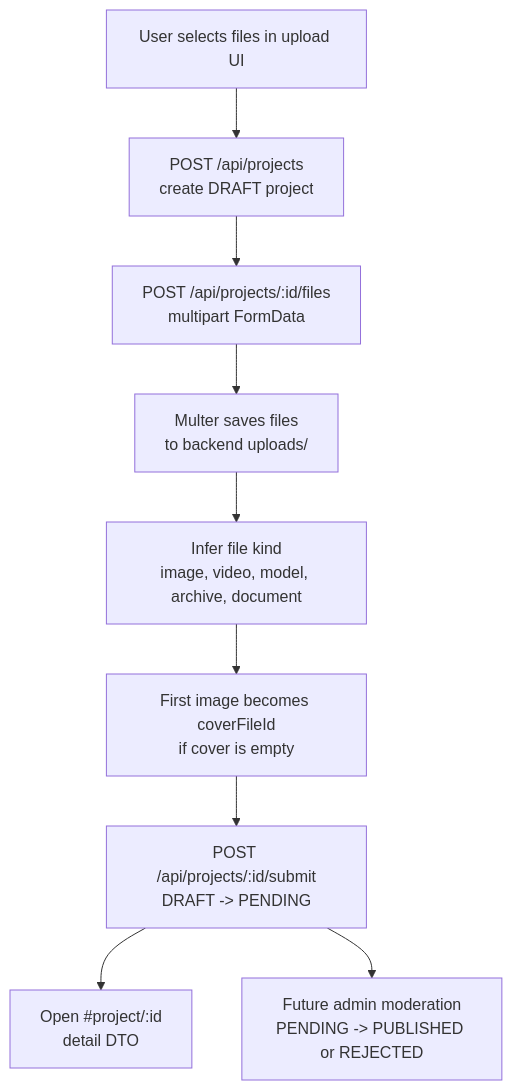
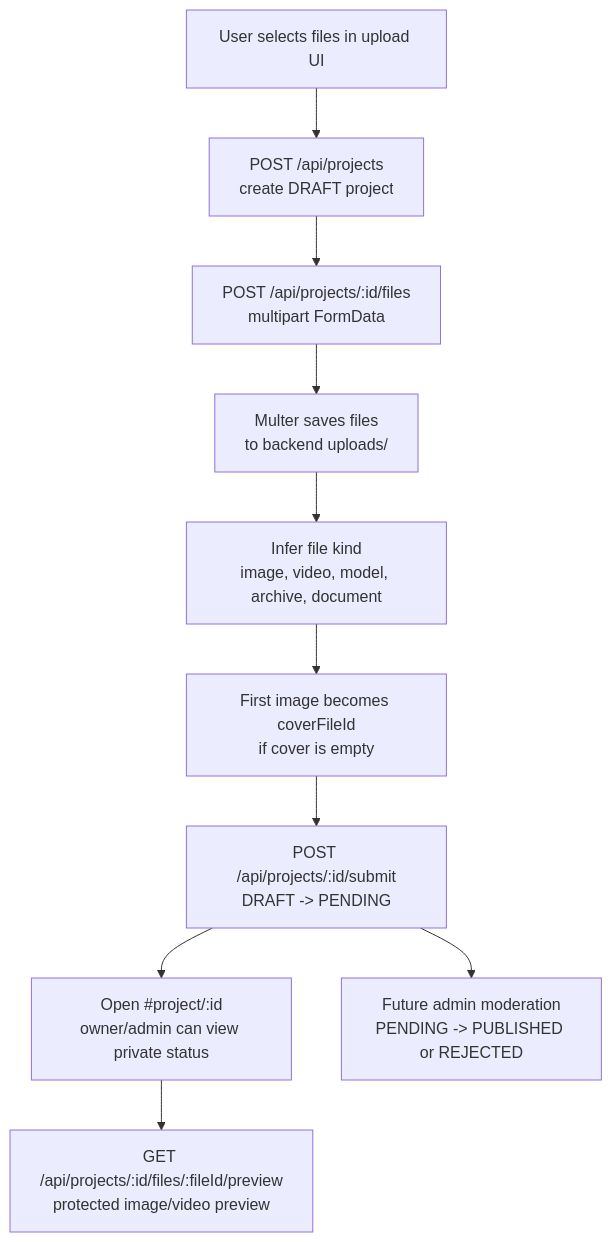
One commit to bordermull/creator-platform changed the fourth of 9 diagrams in README.md. Above: the diagram before and after it, drawn with Mermaid. The commit also changed other lines of this file and 6 other files, not shown here.

````diff
--- a/README.md
+++ b/README.md
@@ -510,21 +531,23 @@
 ```mermaid
 flowchart TD
   pick["User selects files in upload UI"]
   create["POST /api/projects<br/>create DRAFT project"]
   upload["POST /api/projects/:id/files<br/>multipart FormData"]
   multer["Multer saves files<br/>to backend uploads/"]
   classify["Infer file kind<br/>image, video, model, archive, document"]
   cover["First image becomes coverFileId<br/>if cover is empty"]
   submit["POST /api/projects/:id/submit<br/>DRAFT -> PENDING"]
-  detail["Open #project/:id<br/>detail DTO"]
+  detail["Open #project/:id<br/>owner/admin can view private status"]
+  preview["GET /api/projects/:id/files/:fileId/preview<br/>protected image/video preview"]
   moderation["Future admin moderation<br/>PENDING -> PUBLISHED or REJECTED"]
 
   pick --> create
   create --> upload
   upload --> multer
   multer --> classify
   classify --> cover
   cover --> submit
   submit --> detail
+  detail --> preview
   submit --> moderation
 ```
````
